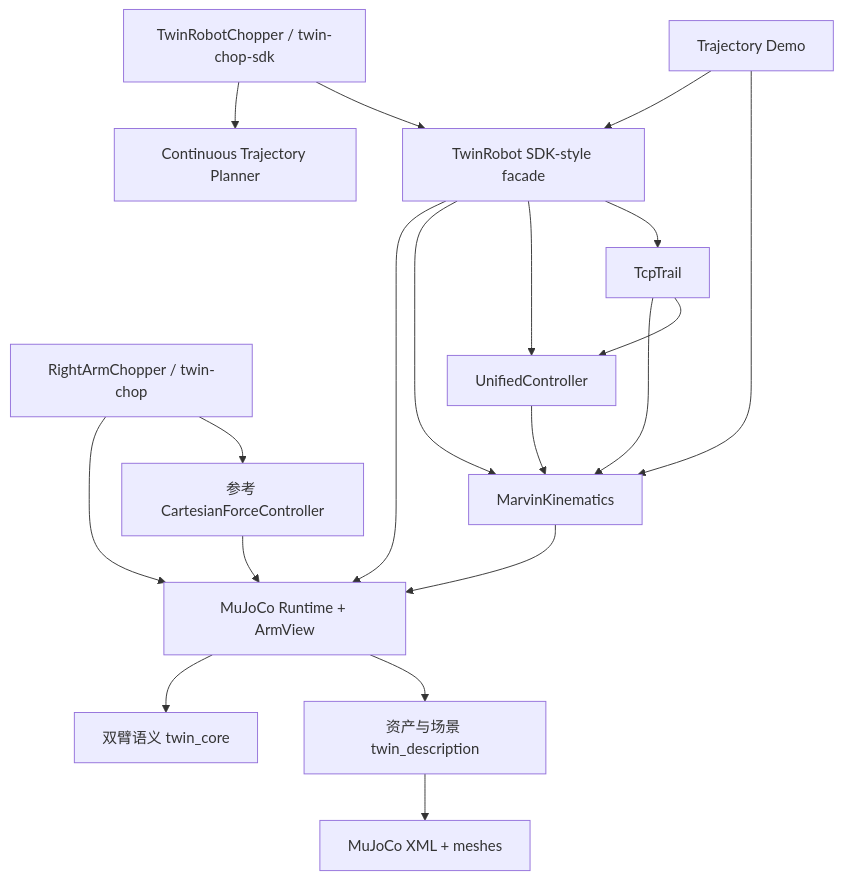
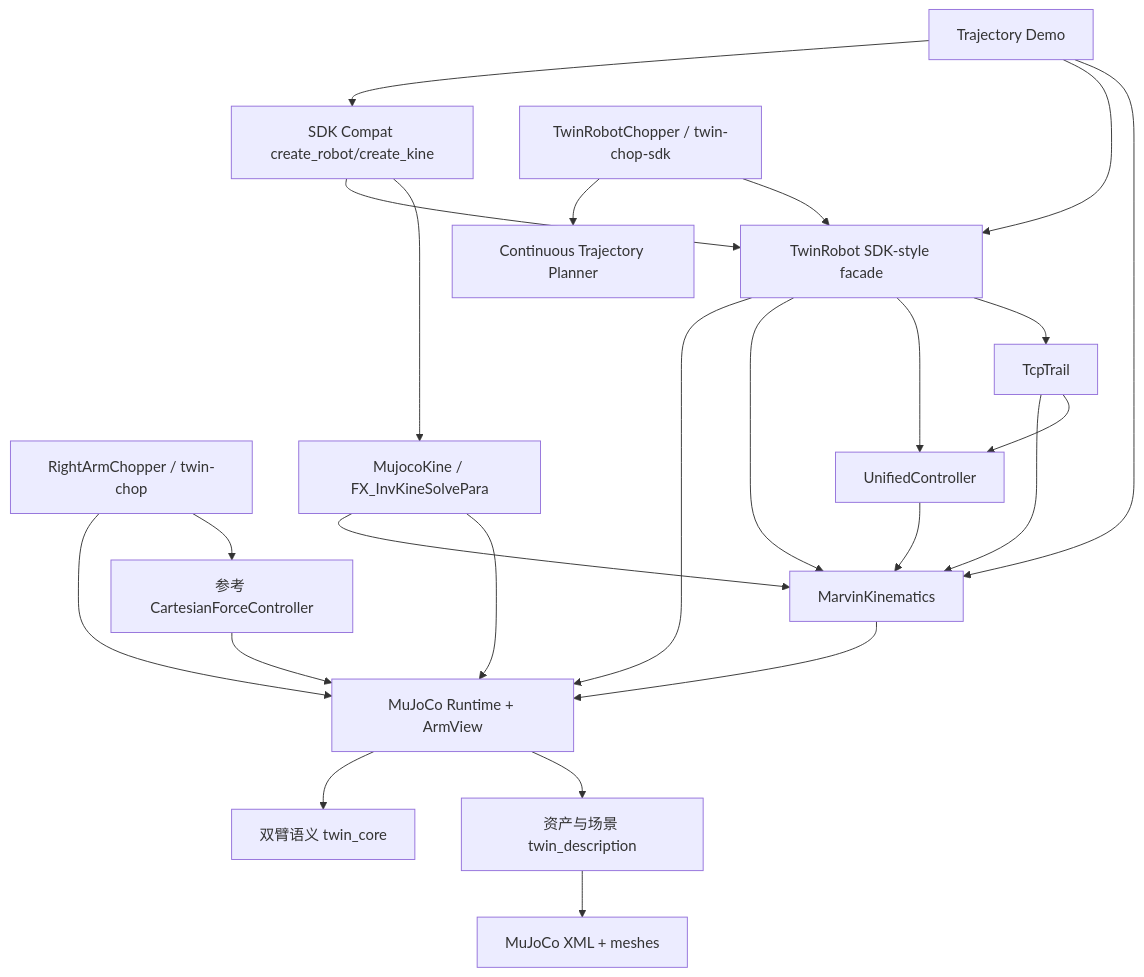
One commit to timothijoe/tianji_robotic_project changed the first of 2 diagrams in docs/ARCHITECTURE.md. Above: the diagram before and after it, drawn with Mermaid. The commit also changed other lines of this file and 13 other files, not shown here.

````diff
--- a/docs/ARCHITECTURE.md
+++ b/docs/ARCHITECTURE.md
@@ -130,35 +142,42 @@
 ```mermaid
 flowchart TD
     Core[双臂语义 twin_core]
     Desc[资产与场景 twin_description]
     Runtime[MuJoCo Runtime + ArmView]
     RefCtrl[参考 CartesianForceController]
     RefTask[RightArmChopper / twin-chop]
     Kin[MarvinKinematics]
     Ctrl[UnifiedController]
     Traj[Continuous Trajectory Planner]
     Robot[TwinRobot SDK-style facade]
+    SdkCompat[SDK Compat create_robot/create_kine]
+    SdkKine[MujocoKine / FX_InvKineSolvePara]
     SdkTask[TwinRobotChopper / twin-chop-sdk]
     Demo[Trajectory Demo]
     Trail[TcpTrail]
     Assets[MuJoCo XML + meshes]
 
     Desc --> Assets
     Runtime --> Core
     Runtime --> Desc
     RefCtrl --> Runtime
     RefTask --> Runtime
     RefTask --> RefCtrl
     Kin --> Runtime
     Ctrl --> Kin
     Robot --> Runtime
     Robot --> Kin
     Robot --> Ctrl
     Robot --> Trail
+    SdkKine --> Kin
+    SdkKine --> Runtime
+    SdkCompat --> Robot
+    SdkCompat --> SdkKine
     SdkTask --> Traj
     SdkTask --> Robot
+    Demo --> SdkCompat
     Demo --> Robot
     Demo --> Kin
     Trail --> Kin
     Trail --> Ctrl
 ```
````
